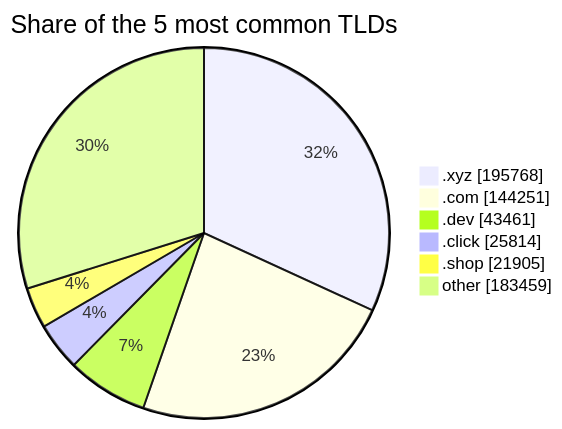
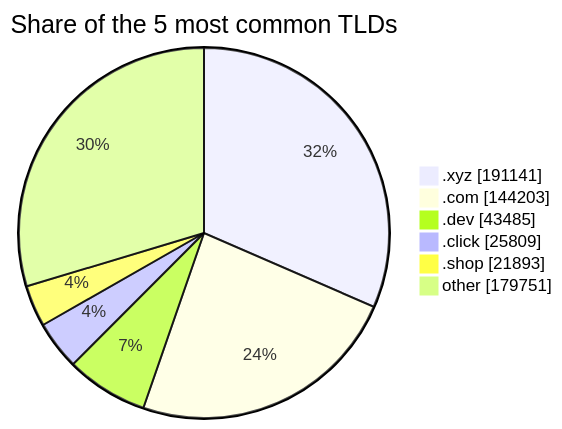
One commit to DNSBunker/CTI changed the third of 3 diagrams in README.md. Above: the diagram before and after it, drawn with Mermaid. The commit also changed other lines of this file and 3 other files, not shown here.

````diff
--- a/README.md
+++ b/README.md
@@ -81,9 +81,9 @@
 ```mermaid
 pie showData title Share of the 5 most common TLDs
-    ".xyz" : 195768
-    ".com" : 144251
-    ".dev" : 43461
-    ".click" : 25814
-    ".shop" : 21905
-    "other" : 183459
+    ".xyz" : 191141
+    ".com" : 144203
+    ".dev" : 43485
+    ".click" : 25809
+    ".shop" : 21893
+    "other" : 179751
 ```
````
